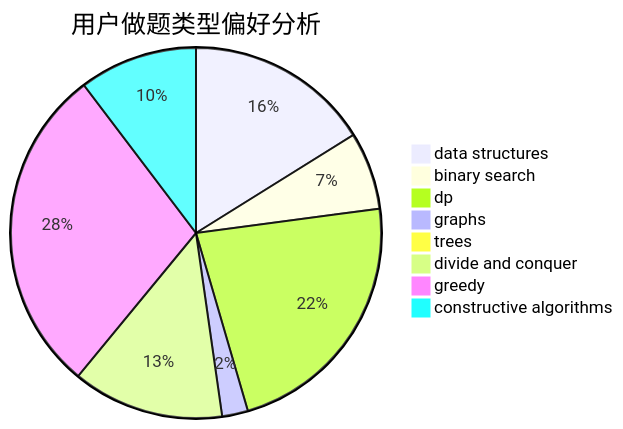
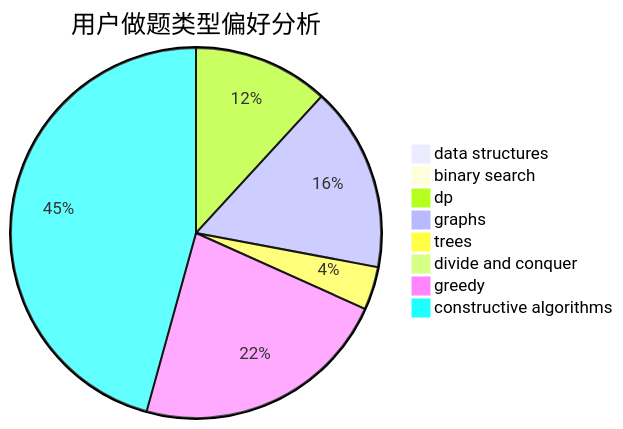
One commit to sherpahu/cfrs.github.io changed the second of 3 diagrams in docs/user/u2308.md. Above: the diagram before and after it, drawn with Mermaid. The commit also changed other lines of this file and 2770 other files, not shown here.

````diff
--- a/docs/user/u2308.md
+++ b/docs/user/u2308.md
@@ -23,11 +23,11 @@
 ```mermaid
 pie title 用户做题类型偏好分析
-    "data structures" :  50
-    "binary search" :  21
-    "dp" :  70
-    "graphs" :  7
-    "trees" :  3
-    "divide and conquer" :  41
-    "greedy" :  89
-    "constructive algorithms" :  32
+    "data structures" :  3
+    "binary search" :  1
+    "dp" :  44
+    "graphs" :  60
+    "trees" :  14
+    "divide and conquer" :  1
+    "greedy" :  84
+    "constructive algorithms" :  170
 ```
````
